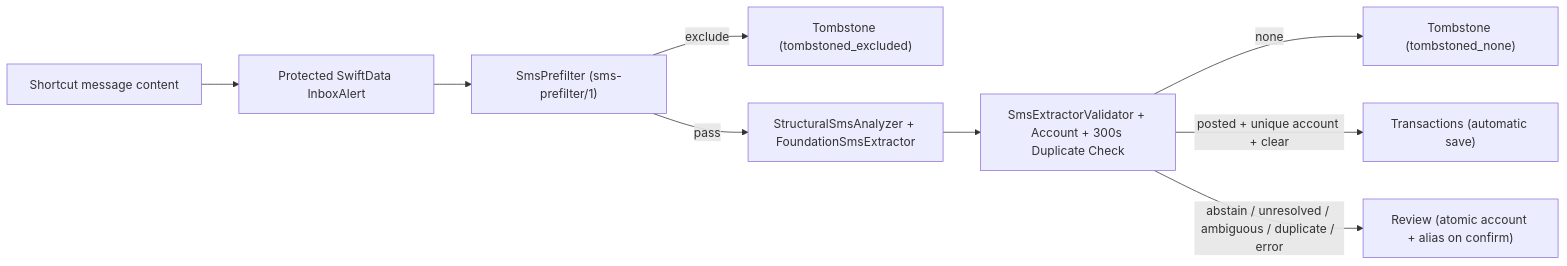
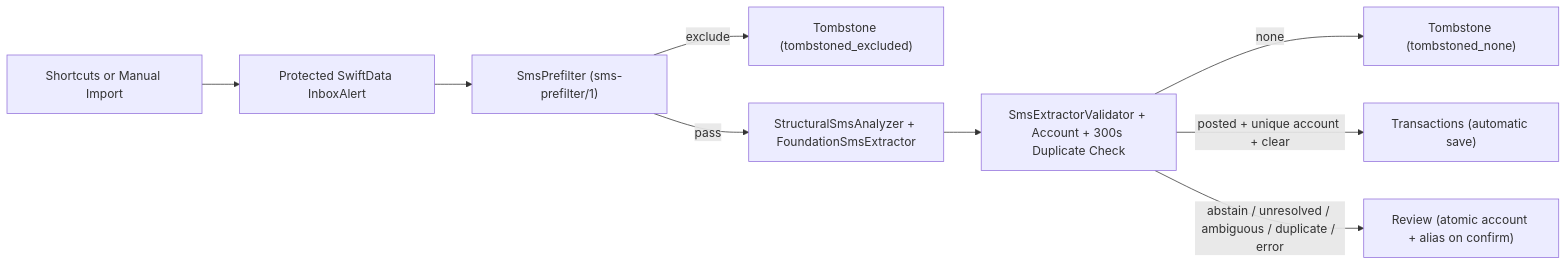
The diagram in docs/architecture.md (pocket-financer/pocket-financer-ios), drawn with Mermaid before and after one commit. The commit also changed other lines of this file and 43 other files, not shown here.

````diff
--- a/docs/architecture.md
+++ b/docs/architecture.md
@@ -19,11 +15,11 @@
 ```mermaid
 flowchart LR
-    A["Shortcut message content"] --> B["Protected SwiftData InboxAlert"]
+    A["Shortcuts or Manual Import"] --> B["Protected SwiftData InboxAlert"]
     B --> C["SmsPrefilter (sms-prefilter/1)"]
     C -->|"exclude"| T1["Tombstone (tombstoned_excluded)"]
     C -->|"pass"| D["StructuralSmsAnalyzer + FoundationSmsExtractor"]
     D --> E["SmsExtractorValidator + Account + 300s Duplicate Check"]
     E -->|"none"| T2["Tombstone (tombstoned_none)"]
     E -->|"posted + unique account + clear"| F["Transactions (automatic save)"]
     E -->|"abstain / unresolved / ambiguous / duplicate / error"| G["Review (atomic account + alias on confirm)"]
 ```
````
